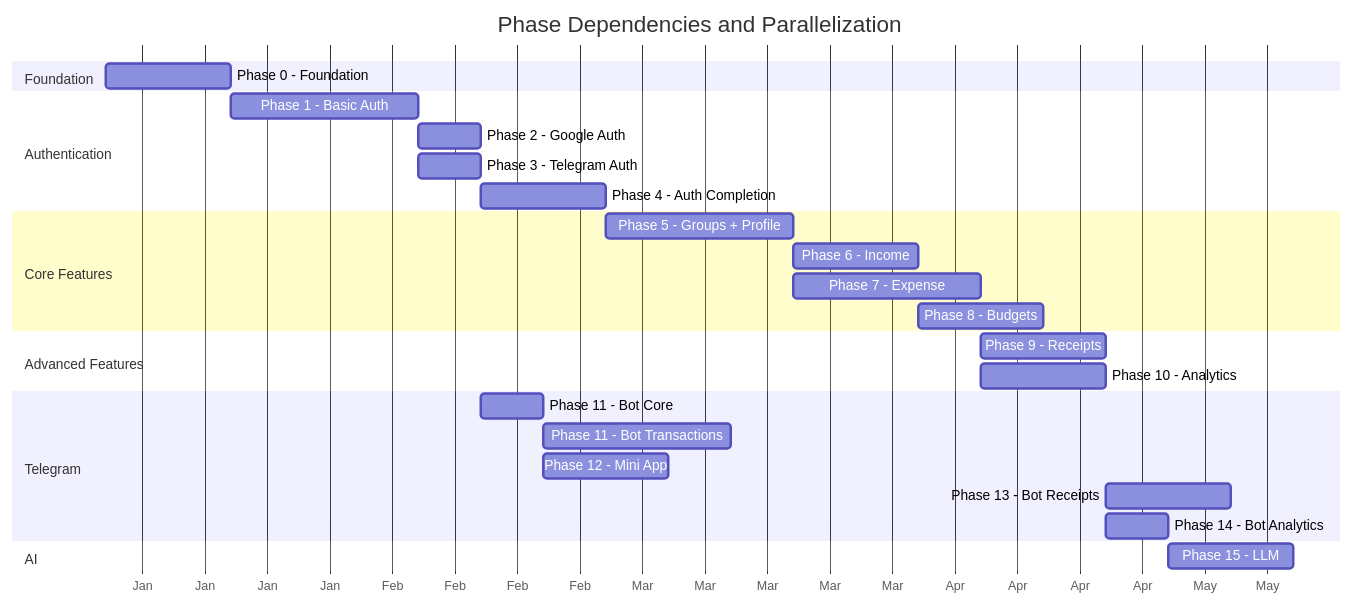
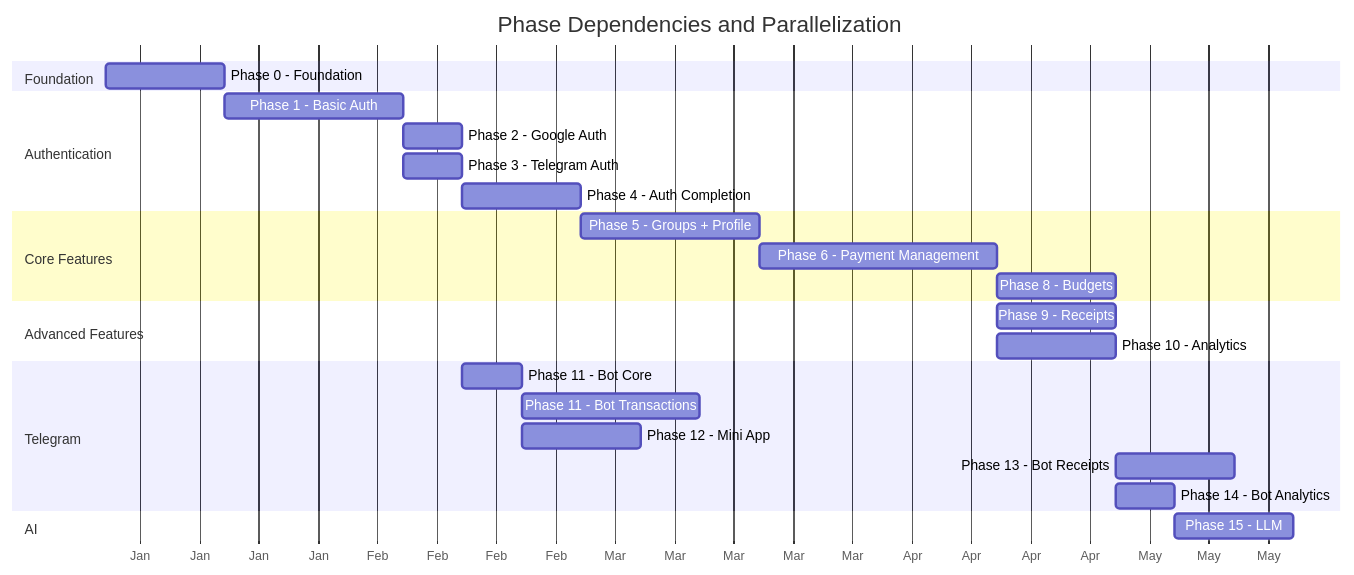
The sixth of 6 diagrams in IMPLEMENTATION-PLAN.md (Aleksei-Michnik/myfinpro), drawn with Mermaid before and after one commit. The commit also changed other lines of this file and 1 other file, not shown here.

First line of the commit message:
docs(phase-6): combine phases 6 and 7 into unified Payment Management plan

````diff
--- a/IMPLEMENTATION-PLAN.md
+++ b/IMPLEMENTATION-PLAN.md
@@ -873,35 +906,34 @@
 ```mermaid
 gantt
     title Phase Dependencies and Parallelization
     dateFormat YYYY-MM-DD
     axisFormat %b
 
     section Foundation
     Phase 0 - Foundation           :p0, 2025-01-01, 14d
 
     section Authentication
     Phase 1 - Basic Auth           :p1, after p0, 21d
     Phase 2 - Google Auth          :p2, after p1, 7d
     Phase 3 - Telegram Auth        :p3, after p1, 7d
     Phase 4 - Auth Completion      :p4, after p3, 14d
 
     section Core Features
     Phase 5 - Groups + Profile     :p5, after p4, 21d
-    Phase 6 - Income               :p6, after p5, 14d
-    Phase 7 - Expense              :p7, after p5, 21d
+    Phase 6 - Payment Management   :p6, after p5, 28d
     Phase 8 - Budgets              :p8, after p6, 14d
 
     section Advanced Features
-    Phase 9 - Receipts             :p9, after p7, 14d
-    Phase 10 - Analytics           :p10, after p7, 14d
+    Phase 9 - Receipts             :p9, after p6, 14d
+    Phase 10 - Analytics           :p10, after p6, 14d
 
     section Telegram
     Phase 11 - Bot Core            :p11a, after p3, 7d
     Phase 11 - Bot Transactions    :p11b, after p11a, 21d
     Phase 12 - Mini App            :p12, after p11a, 14d
     Phase 13 - Bot Receipts        :p13, after p9, 14d
     Phase 14 - Bot Analytics       :p14, after p10, 7d
 
     section AI
     Phase 15 - LLM                 :p15, after p14, 14d
 ```
````
